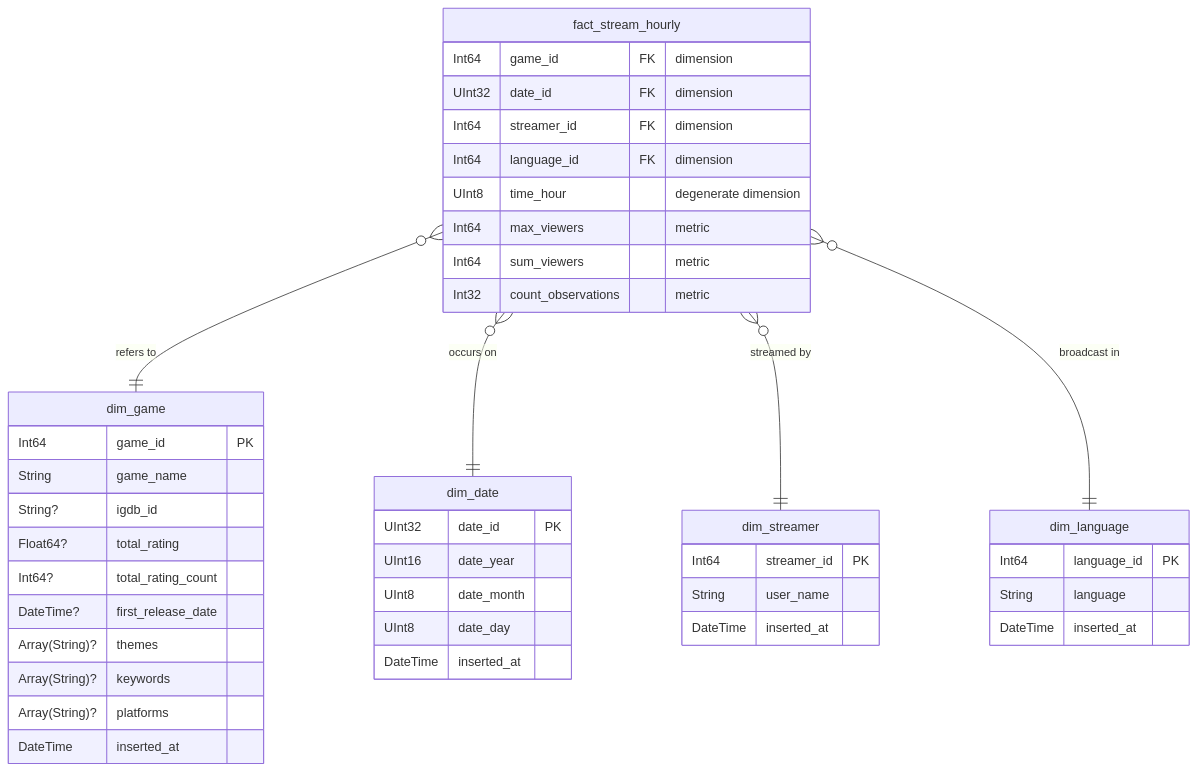
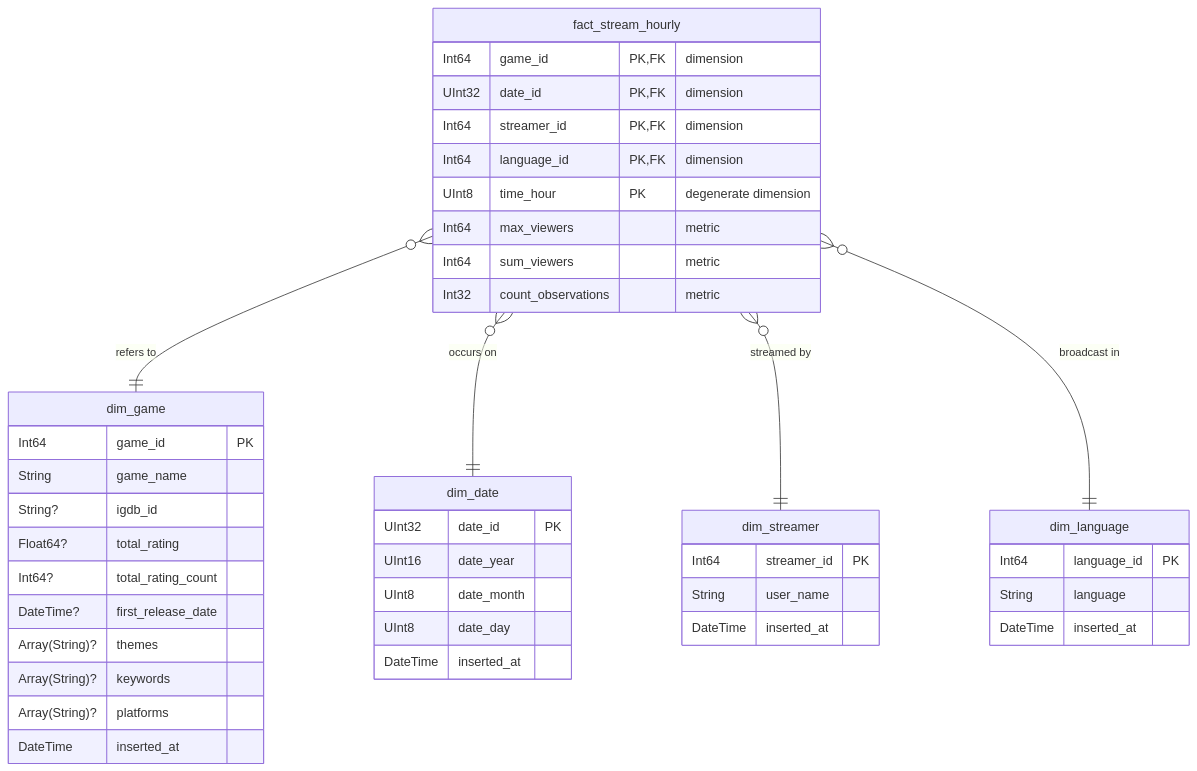
Before and after one commit to DanielVip3/twitchy: the diagram in docs/data_dictionary.md, drawn with Mermaid. The commit also changed other lines of this file, not shown here.

Commit message:
Docs: small style improvements

````diff
--- a/docs/data_dictionary.md
+++ b/docs/data_dictionary.md
@@ -222,51 +222,51 @@
 ```mermaid
 erDiagram
   fact_stream_hourly }o--|| dim_game : "refers to"
   fact_stream_hourly }o--|| dim_date : "occurs on"
   fact_stream_hourly }o--|| dim_streamer : "streamed by"
   fact_stream_hourly }o--|| dim_language : "broadcast in"
 
   fact_stream_hourly {
-    Int64 game_id FK "dimension"
-    UInt32 date_id FK "dimension"
-    Int64 streamer_id FK "dimension"
-    Int64 language_id FK "dimension"
-    UInt8 time_hour "degenerate dimension"
+    Int64 game_id PK,FK "dimension"
+    UInt32 date_id PK,FK "dimension"
+    Int64 streamer_id PK,FK "dimension"
+    Int64 language_id PK,FK "dimension"
+    UInt8 time_hour PK "degenerate dimension"
     Int64 max_viewers "metric"
     Int64 sum_viewers "metric"
     Int32 count_observations "metric"
   }
 
   dim_game {
     Int64 game_id PK
     String game_name
     String? igdb_id
     Float64? total_rating
     Int64? total_rating_count
     DateTime? first_release_date
     Array(String)? themes
     Array(String)? keywords
     Array(String)? platforms
     DateTime inserted_at
   }
 
   dim_date {
     UInt32 date_id PK
     UInt16 date_year
     UInt8 date_month
     UInt8 date_day
     DateTime inserted_at
   }
 
   dim_streamer {
     Int64 streamer_id PK
     String user_name
     DateTime inserted_at
   }
 
   dim_language {
     Int64 language_id PK
     String language
     DateTime inserted_at
   }
 ```
````
